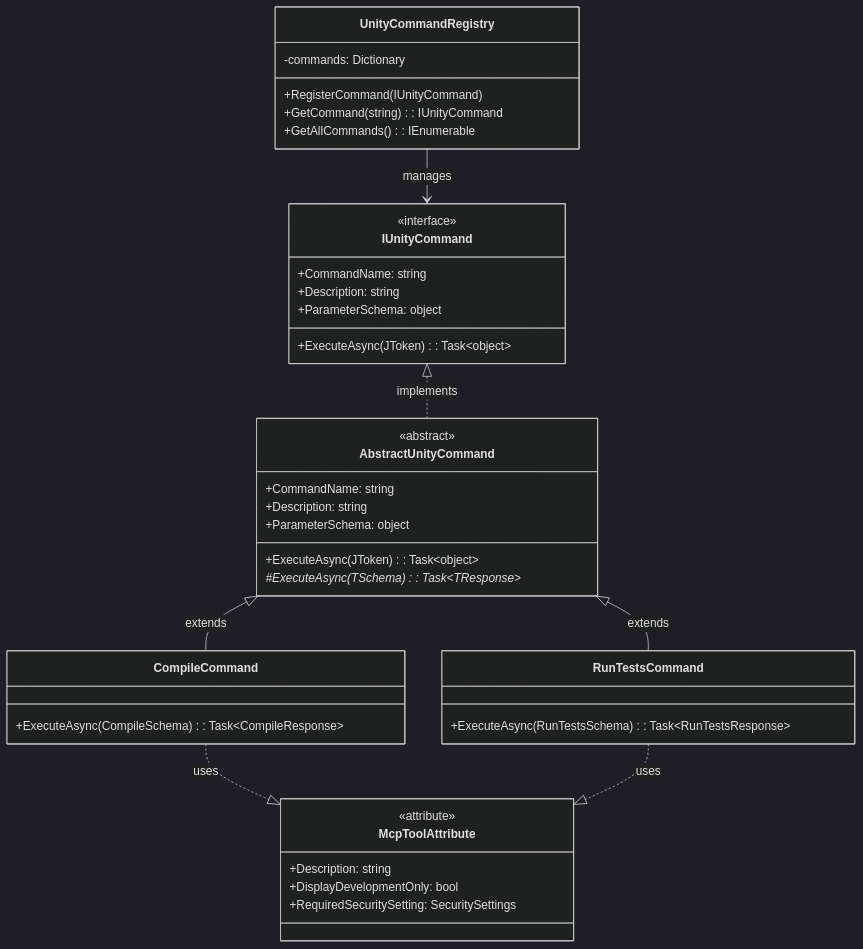
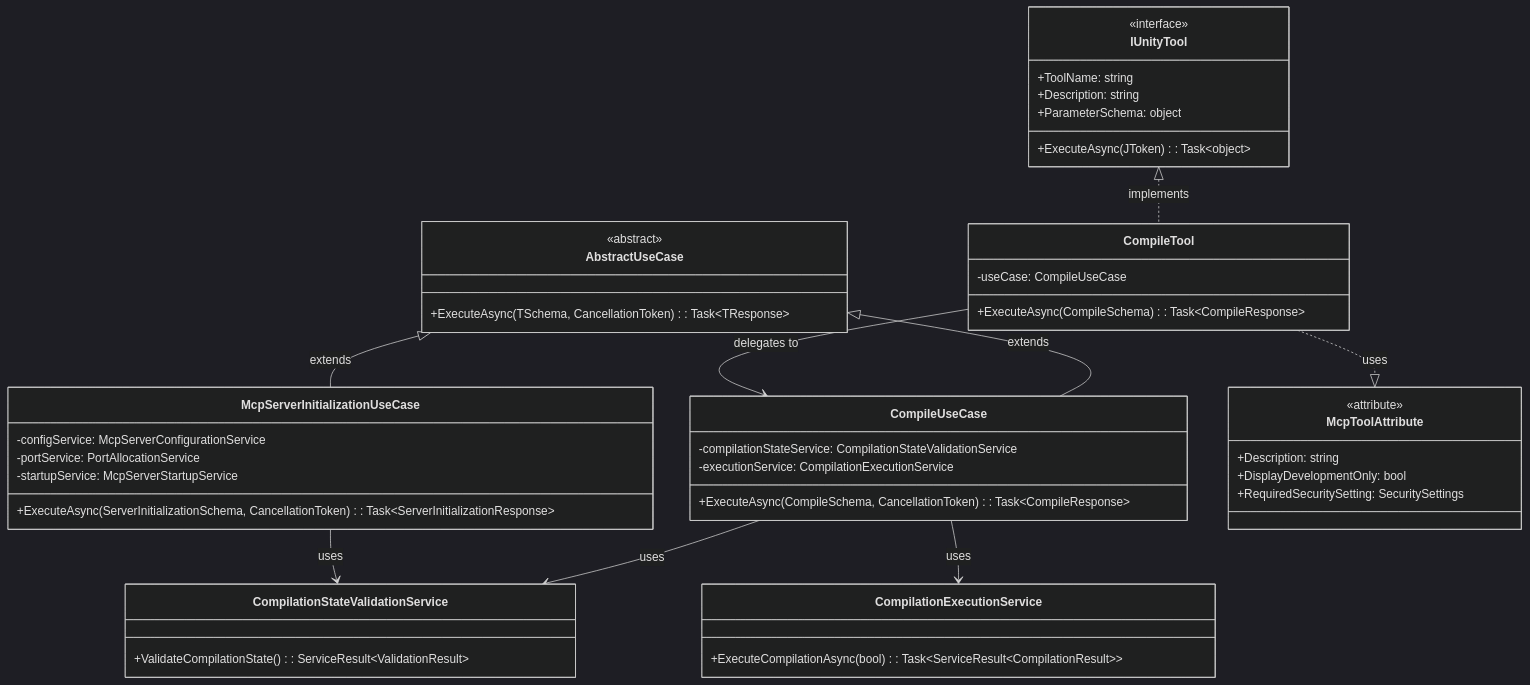
Before and after one commit to hatayama/uLoopMCP: the fourth of 7 diagrams in Packages/docs/ARCHITECTURE_Unity_ja.md, drawn with Mermaid (dark theme). The commit also changed other lines of this file and 3 other files, not shown here.

First line of the commit message:
docs: update architecture documentation for DDD refactoring

````diff
--- a/Packages/docs/ARCHITECTURE_Unity_ja.md
+++ b/Packages/docs/ARCHITECTURE_Unity_ja.md
@@ -157,48 +171,57 @@
 ```mermaid
 classDiagram
-    class IUnityCommand {
+    class AbstractUseCase {
+        <<abstract>>
+        +ExecuteAsync(TSchema, CancellationToken): Task~TResponse~
+    }
+
+    class CompileUseCase {
+        -compilationStateService: CompilationStateValidationService
+        -executionService: CompilationExecutionService
+        +ExecuteAsync(CompileSchema, CancellationToken): Task~CompileResponse~
+    }
+
+    class McpServerInitializationUseCase {
+        -configService: McpServerConfigurationService
+        -portService: PortAllocationService
+        -startupService: McpServerStartupService
+        +ExecuteAsync(ServerInitializationSchema, CancellationToken): Task~ServerInitializationResponse~
+    }
+
+    class CompilationStateValidationService {
+        +ValidateCompilationState(): ServiceResult~ValidationResult~
+    }
+
+    class CompilationExecutionService {
+        +ExecuteCompilationAsync(bool): Task~ServiceResult~CompilationResult~~
+    }
+
+    class IUnityTool {
         <<interface>>
-        +CommandName: string
+        +ToolName: string
         +Description: string
         +ParameterSchema: object
         +ExecuteAsync(JToken): Task~object~
     }
 
-    class AbstractUnityCommand {
-        <<abstract>>
-        +CommandName: string
-        +Description: string
-        +ParameterSchema: object
-        +ExecuteAsync(JToken): Task~object~
-        #ExecuteAsync(TSchema)*: Task~TResponse~
-    }
-
-    class UnityCommandRegistry {
-        -commands: Dictionary
-        +RegisterCommand(IUnityCommand)
-        +GetCommand(string): IUnityCommand
-        +GetAllCommands(): IEnumerable
+    class CompileTool {
+        -useCase: CompileUseCase
+        +ExecuteAsync(CompileSchema): Task~CompileResponse~
     }
 
     class McpToolAttribute {
         <<attribute>>
         +Description: string
         +DisplayDevelopmentOnly: bool
         +RequiredSecuritySetting: SecuritySettings
     }
 
-    class CompileCommand {
-        +ExecuteAsync(CompileSchema): Task~CompileResponse~
-    }
-
-    class RunTestsCommand {
-        +ExecuteAsync(RunTestsSchema): Task~RunTestsResponse~
-    }
-
-    IUnityCommand <|.. AbstractUnityCommand : implements
-    AbstractUnityCommand <|-- CompileCommand : extends
-    AbstractUnityCommand <|-- RunTestsCommand : extends
-    UnityCommandRegistry --> IUnityCommand : manages
-    CompileCommand ..|> McpToolAttribute : uses
-    RunTestsCommand ..|> McpToolAttribute : uses
+    AbstractUseCase <|-- CompileUseCase : extends
+    AbstractUseCase <|-- McpServerInitializationUseCase : extends
+    CompileUseCase --> CompilationStateValidationService : uses
+    CompileUseCase --> CompilationExecutionService : uses
+    McpServerInitializationUseCase --> CompilationStateValidationService : uses
+    IUnityTool <|.. CompileTool : implements
+    CompileTool --> CompileUseCase : delegates to
+    CompileTool ..|> McpToolAttribute : uses
 ```
````
